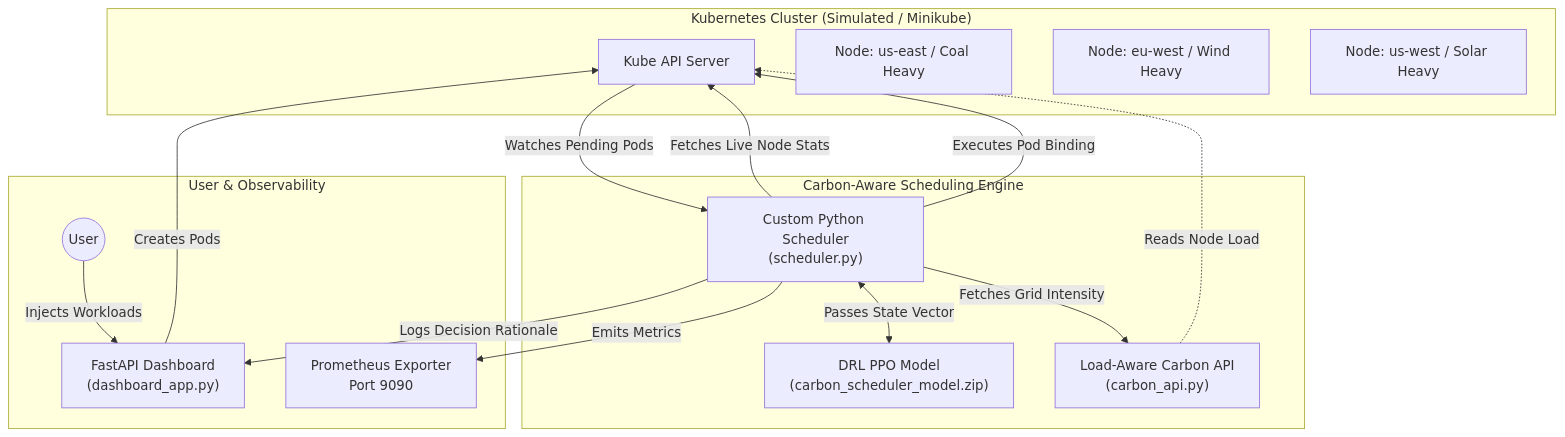
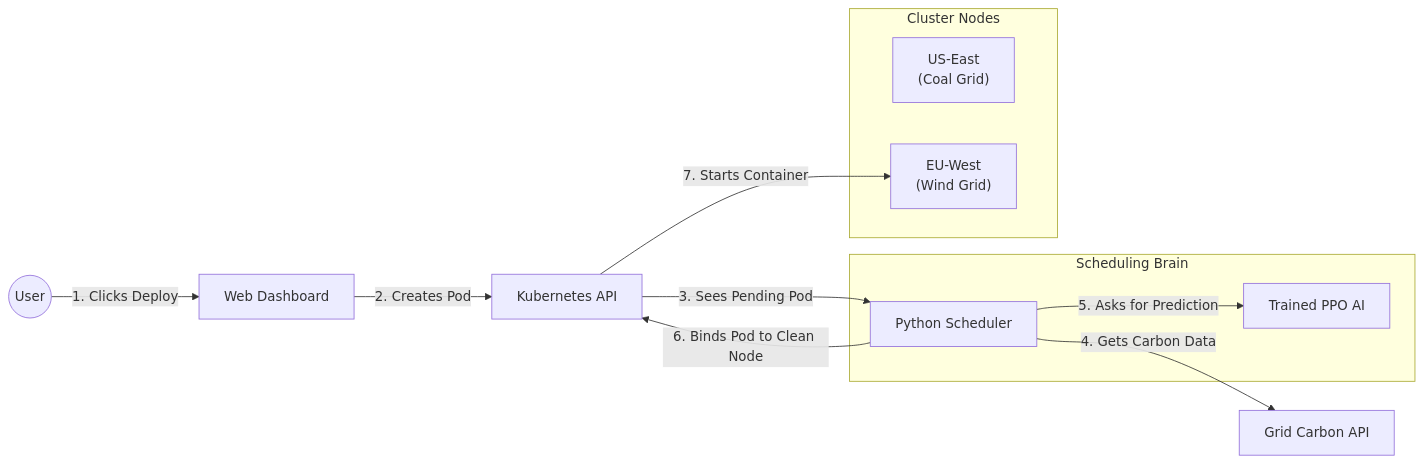
Before and after one commit to mavericaks/Carbon-Aware-Deep-Reinforcement-Learning-Scheduler-for-Kubernetes-Pod-Placement: the diagram in README.md, drawn with Mermaid. The commit also changed other lines of this file and 3 other files, not shown here.

````diff
--- a/README.md
+++ b/README.md
@@ -36,32 +31,29 @@
 ```mermaid
-graph TD
-    subgraph "Kubernetes Cluster (Simulated / Minikube)"
-        API["Kube API Server"]
-        W1["Node: us-east / Coal Heavy"]
-        W2["Node: eu-west / Wind Heavy"]
-        W3["Node: us-west / Solar Heavy"]
+graph LR
+    %% Core Entities
+    User(("User"))
+    Dash["Web Dashboard"]
+    KubeAPI["Kubernetes API"]
+    CarbonAPI["Grid Carbon API"]
+    
+    %% Scheduler components
+    subgraph "Scheduling Brain"
+        Sched["Python Scheduler"]
+        DRL["Trained PPO AI"]
     end
-
-    subgraph "Carbon-Aware Scheduling Engine"
-        SCHED["Custom Python Scheduler<br/>(scheduler.py)"]
-        PPO["DRL PPO Model<br/>(carbon_scheduler_model.zip)"]
-        C_API["Load-Aware Carbon API<br/>(carbon_api.py)"]
+    
+    %% Nodes
+    subgraph "Cluster Nodes"
+        N1["US-East<br/>(Coal Grid)"]
+        N2["EU-West<br/>(Wind Grid)"]
     end
-
-    subgraph "User & Observability"
-        DASH["FastAPI Dashboard<br/>(dashboard_app.py)"]
-        PROM["Prometheus Exporter<br/>Port 9090"]
-        USER(("User"))
-    end
-
-    USER -->|Injects Workloads| DASH
-    DASH -->|Creates Pods| API
-    API -->|Watches Pending Pods| SCHED
-    SCHED -->|Fetches Live Node Stats| API
-    SCHED -->|Fetches Grid Intensity| C_API
-    C_API -.->|Reads Node Load| API
-    SCHED <-->|Passes State Vector| PPO
-    SCHED -->|Executes Pod Binding| API
-    SCHED -->|Logs Decision Rationale| DASH
-    SCHED -->|Emits Metrics| PROM
+    
+    %% Flow
+    User -- "1. Clicks Deploy" --> Dash
+    Dash -- "2. Creates Pod" --> KubeAPI
+    KubeAPI -- "3. Sees Pending Pod" --> Sched
+    Sched -- "4. Gets Carbon Data" --> CarbonAPI
+    Sched -- "5. Asks for Prediction" --> DRL
+    Sched -- "6. Binds Pod to Clean Node" --> KubeAPI
+    KubeAPI -- "7. Starts Container" --> N2
 ```
````
